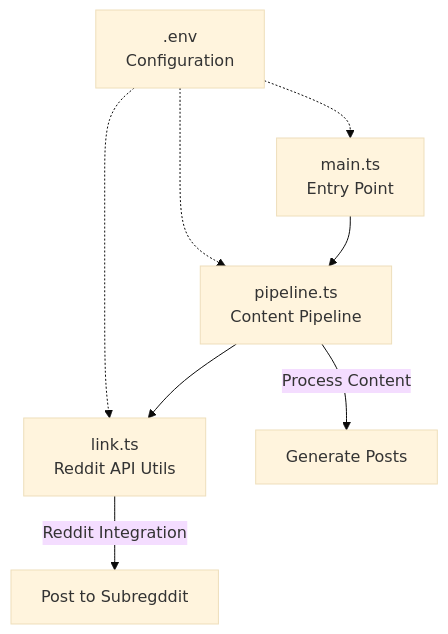
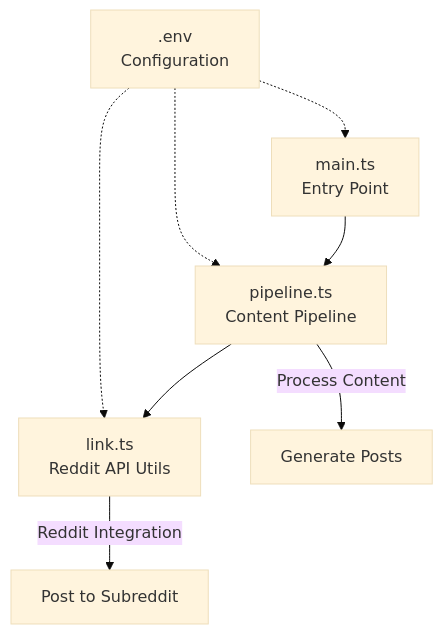
One commit to pollinations/pollinations changed the diagram in social/reddit/README.md. Above: the diagram before and after it, drawn with Mermaid (base theme). The commit also changed 11 other files, not shown here.

````diff
--- a/social/reddit/README.md
+++ b/social/reddit/README.md
@@ -7,11 +7,11 @@
 ```mermaid
 graph TD
     A[main.ts<br/>Entry Point] --> B[pipeline.ts<br/>Content Pipeline]
     B --> C[link.ts<br/>Reddit API Utils]
     D[.env<br/>Configuration] -.-> A
     D -.-> B
     D -.-> C
     
     B -->|Process Content| E[Generate Posts]
-    C -->|Reddit Integration| F[Post to Subregddit]
+    C -->|Reddit Integration| F[Post to Subreddit]
 ```
````
